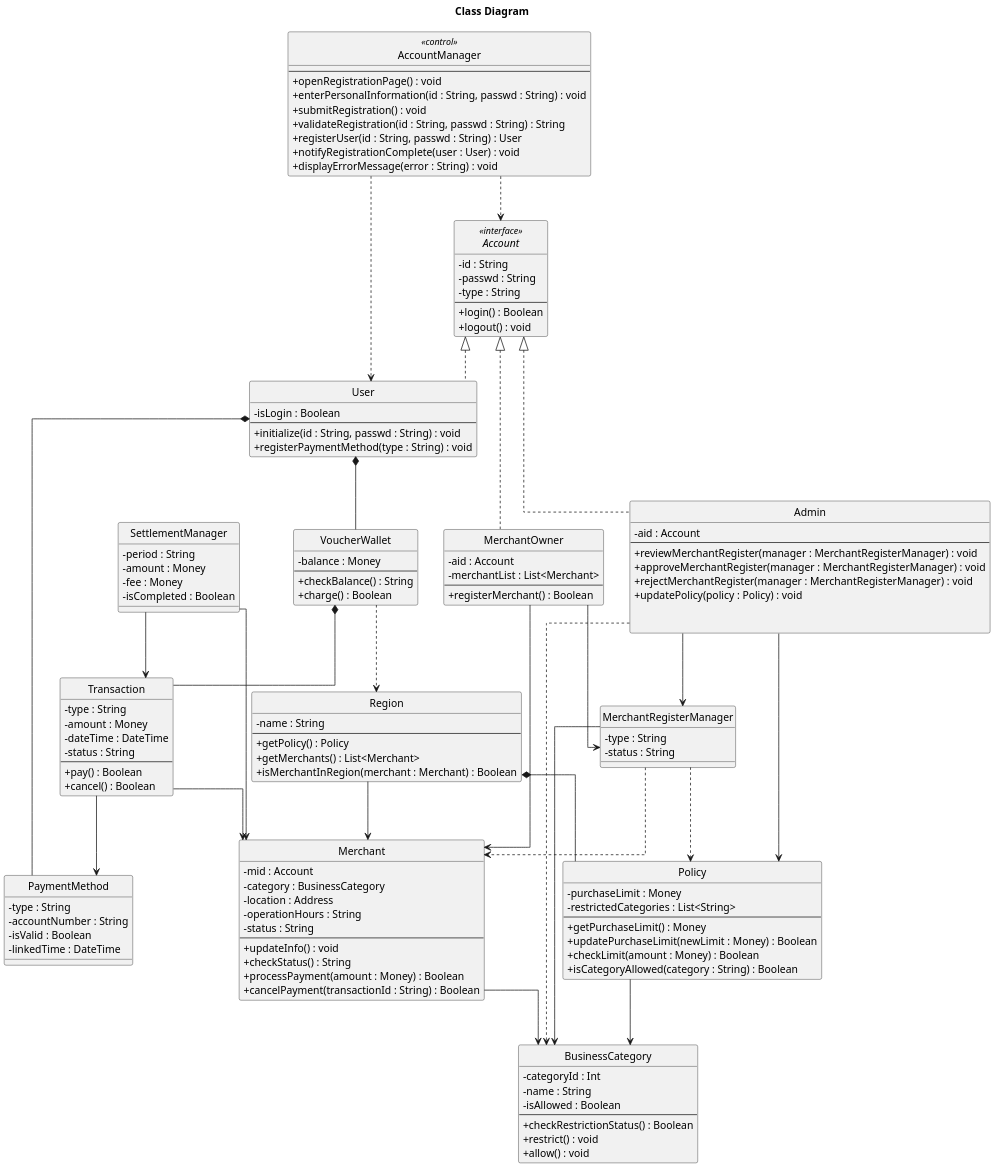
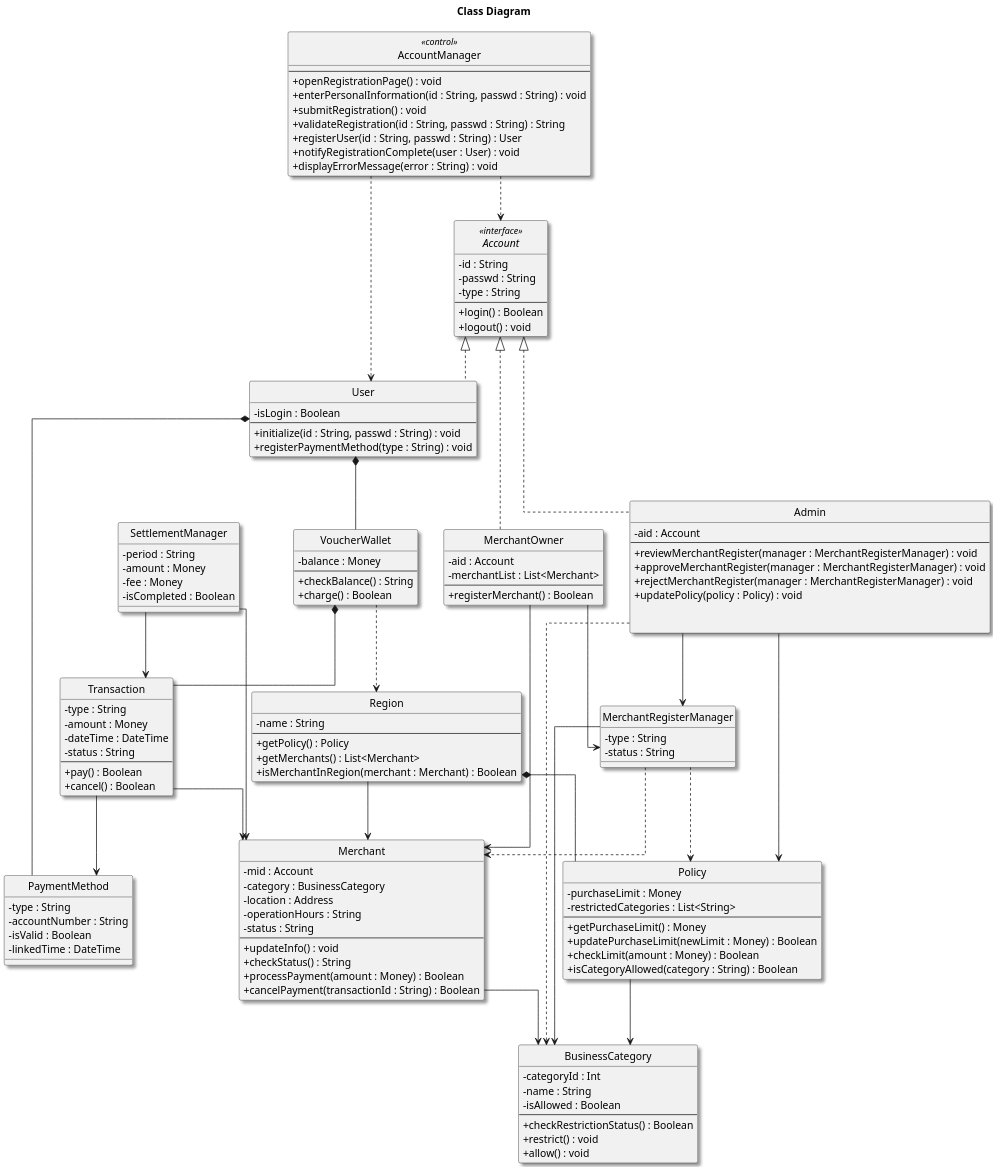
The diagram in class_diagram.puml (MasonMinsuPark/2026_AA), drawn with PlantUML before and after one commit.

```diff
--- a/class_diagram.puml
+++ b/class_diagram.puml
@@ -1,7 +1,7 @@
 @startuml Class Diagram
 title Class Diagram
 
-skinparam shadowing false
+skinparam shadowing true
 skinparam classAttributeIconSize 0
 skinparam linetype ortho
 hide circle
```
